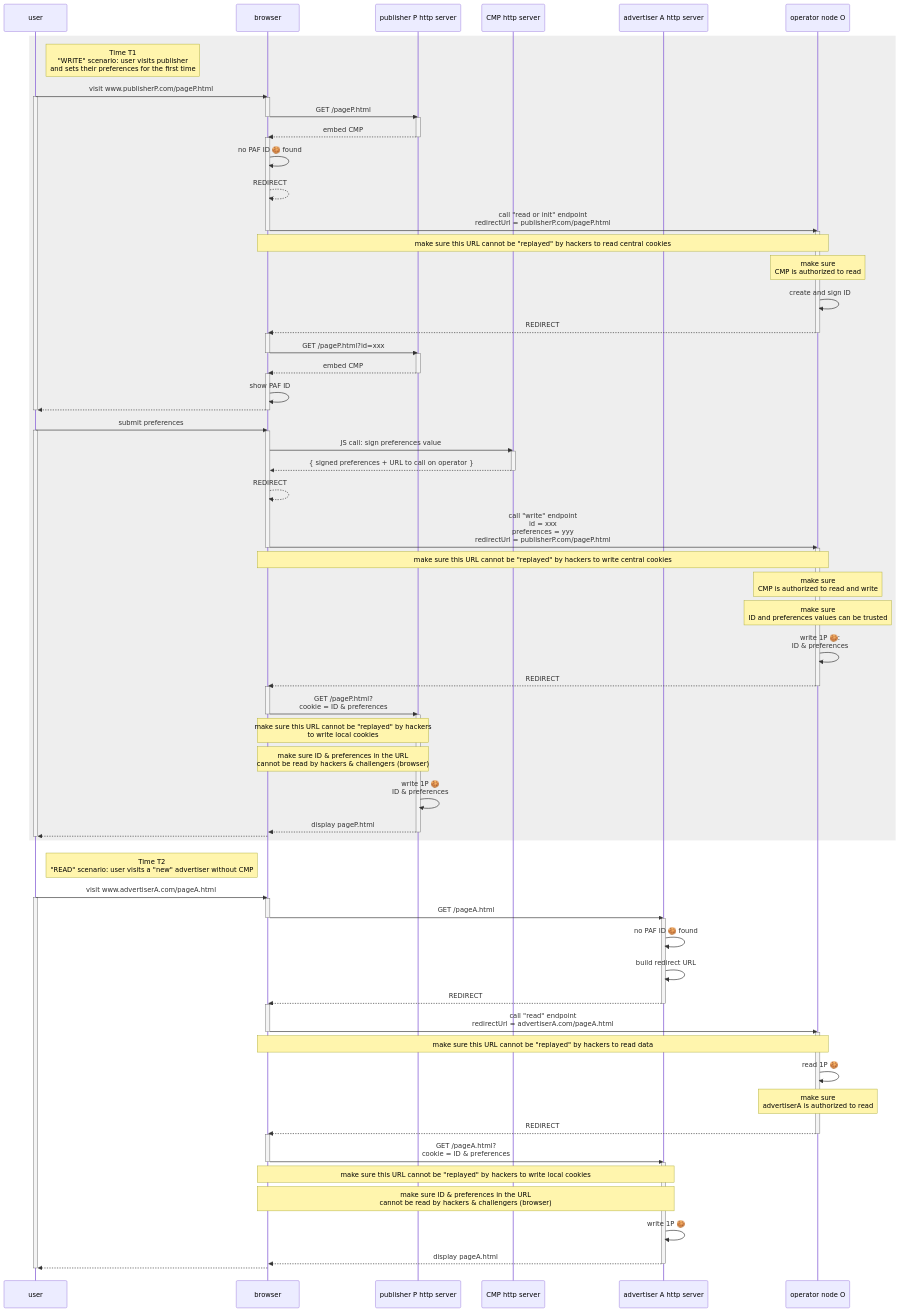
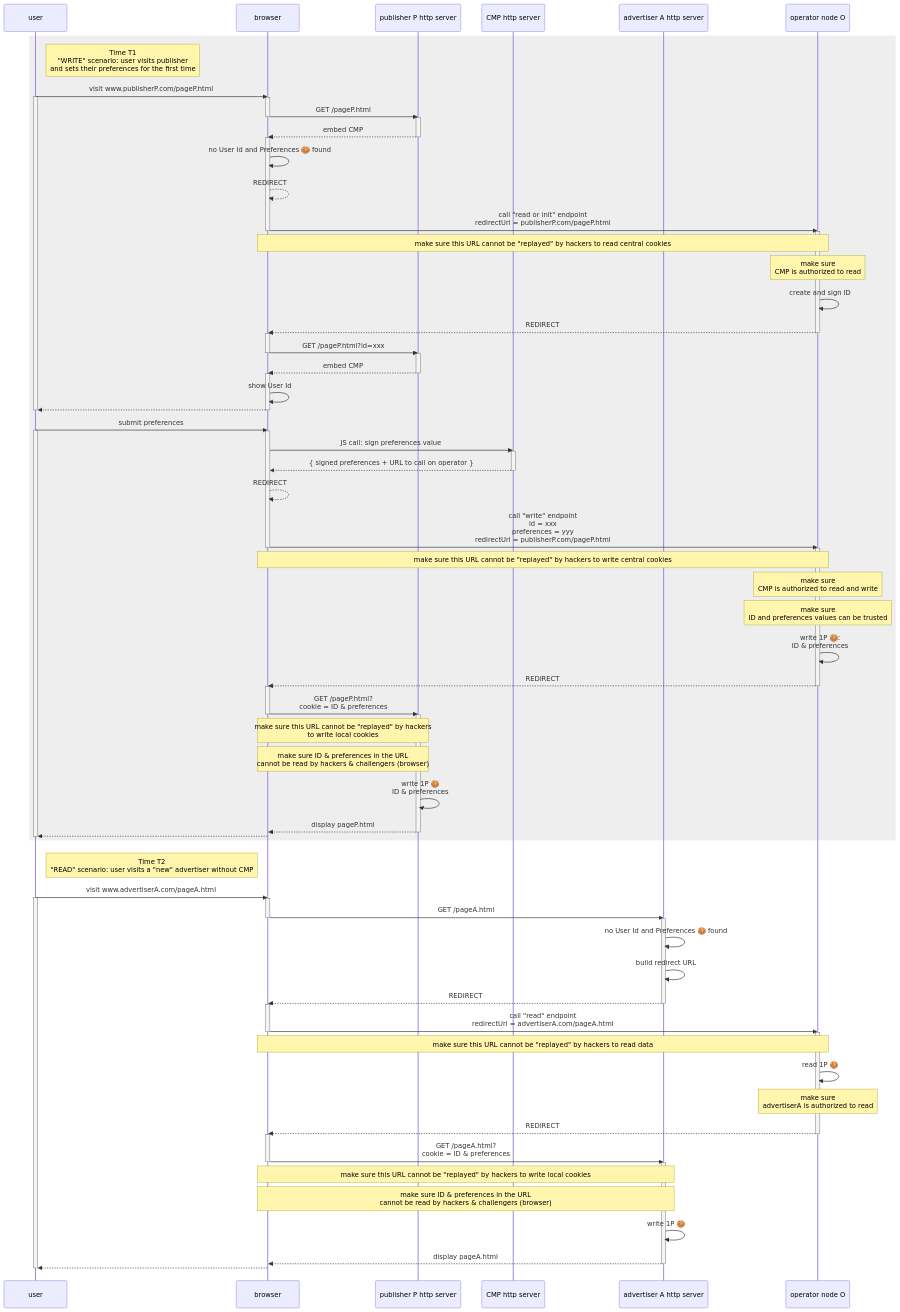
One commit to OneKey-Network/addressability-framework changed the second of 2 diagrams in mvp-spec/operator-requirements.md. Above: the diagram before and after it, drawn with Mermaid. The commit also changed other lines of this file and 3 other files, not shown here.

```diff
--- a/mvp-spec/operator-requirements.md
+++ b/mvp-spec/operator-requirements.md
@@ -214,7 +213,7 @@
         deactivate P
 
         activate B
-            B ->> B: no PAF ID 🍪 found
+            B ->> B: no User Id and Preferences 🍪 found
             B -->> B: REDIRECT
             B ->> O: call "read or init" endpoint<br/>redirectUrl = publisherP.com/pageP.html
         deactivate B
@@ -235,7 +234,7 @@
         deactivate P
 
         activate B
-            B ->> B: show PAF ID
+            B ->> B: show User Id
             B -->> U:  
         deactivate B
 
@@ -291,7 +290,7 @@
         deactivate B
 
         activate A
-            A ->> A: no PAF ID 🍪 found
+            A ->> A: no User Id and Preferences 🍪 found
             A ->> A: build redirect URL
             A -->> B: REDIRECT
         deactivate A
```
